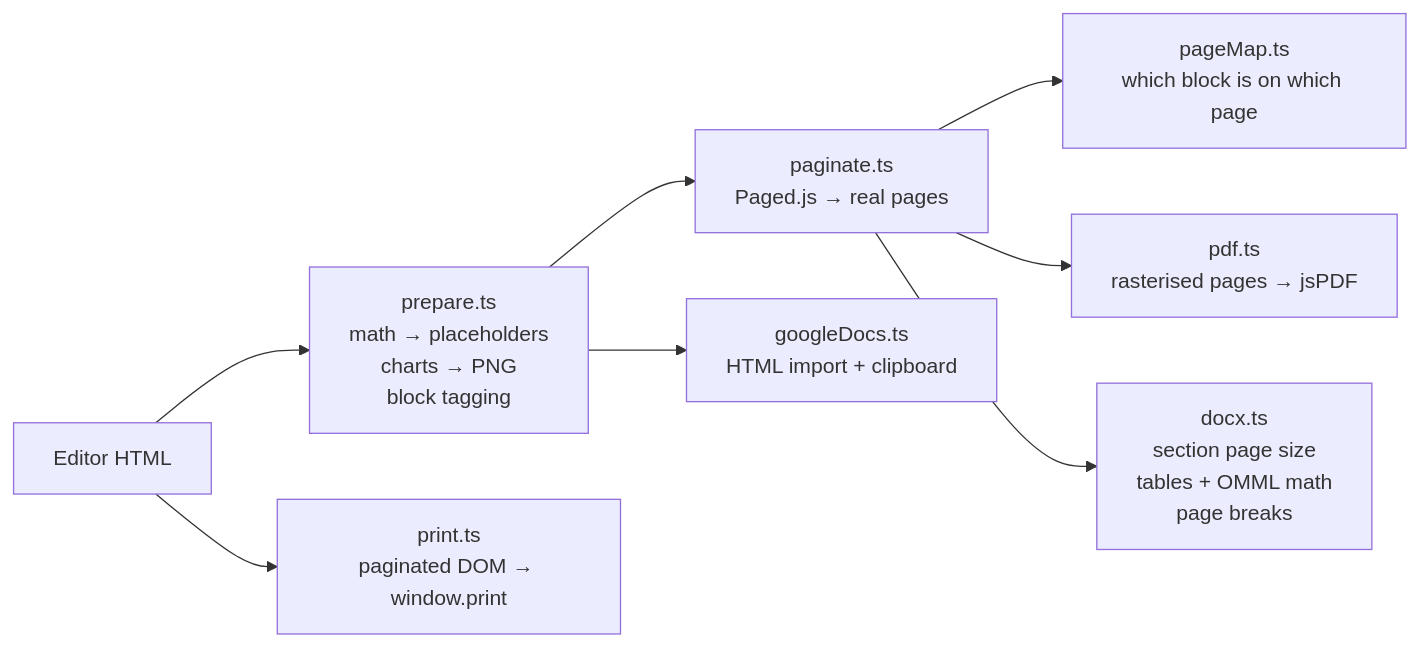
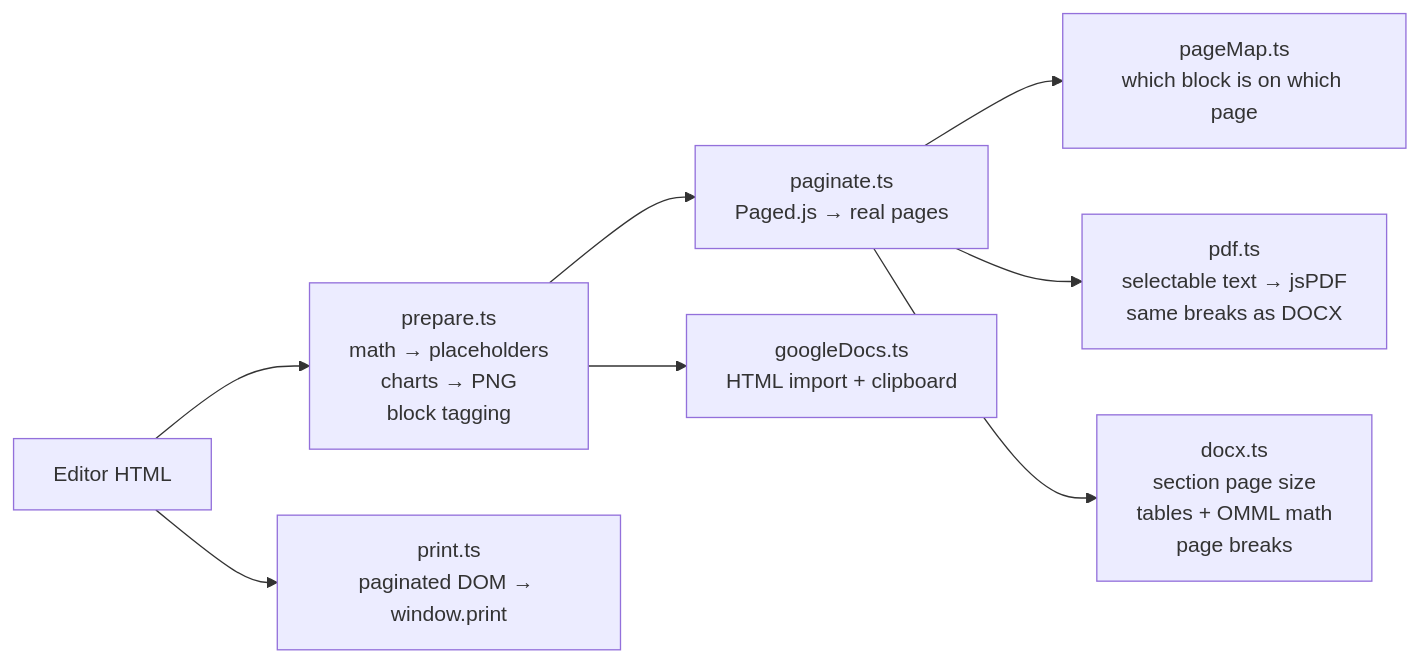
The fourth of 7 diagrams in ARCHITECTURE.md (MobinX/leaf), drawn with Mermaid before and after one commit. The commit also changed other lines of this file and 7 other files, not shown here.

First line of the commit message:
fix: mobile page parity, selectable PDF matching Word, print/fluid toggle

````diff
--- a/ARCHITECTURE.md
+++ b/ARCHITECTURE.md
@@ -212,10 +212,10 @@
 ```mermaid
 flowchart LR
     ED[Editor HTML] --> PR[prepare.ts<br/>math → placeholders<br/>charts → PNG<br/>block tagging]
     PR --> PG[paginate.ts<br/>Paged.js → real pages]
     PG --> MAP[pageMap.ts<br/>which block is on which page]
-    PG --> PDF[pdf.ts<br/>rasterised pages → jsPDF]
+    PG --> PDF[pdf.ts<br/>selectable text → jsPDF<br/>same breaks as DOCX]
     PG --> DOCX[docx.ts<br/>section page size<br/>tables + OMML math<br/>page breaks]
     PR --> GD[googleDocs.ts<br/>HTML import + clipboard]
     ED --> PRINT[print.ts<br/>paginated DOM → window.print]
 ```
````
